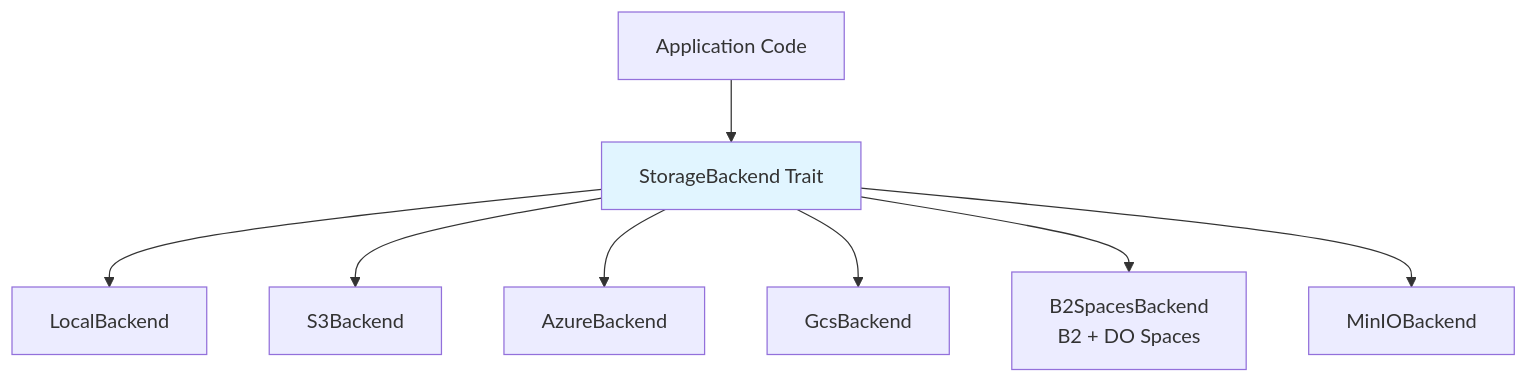
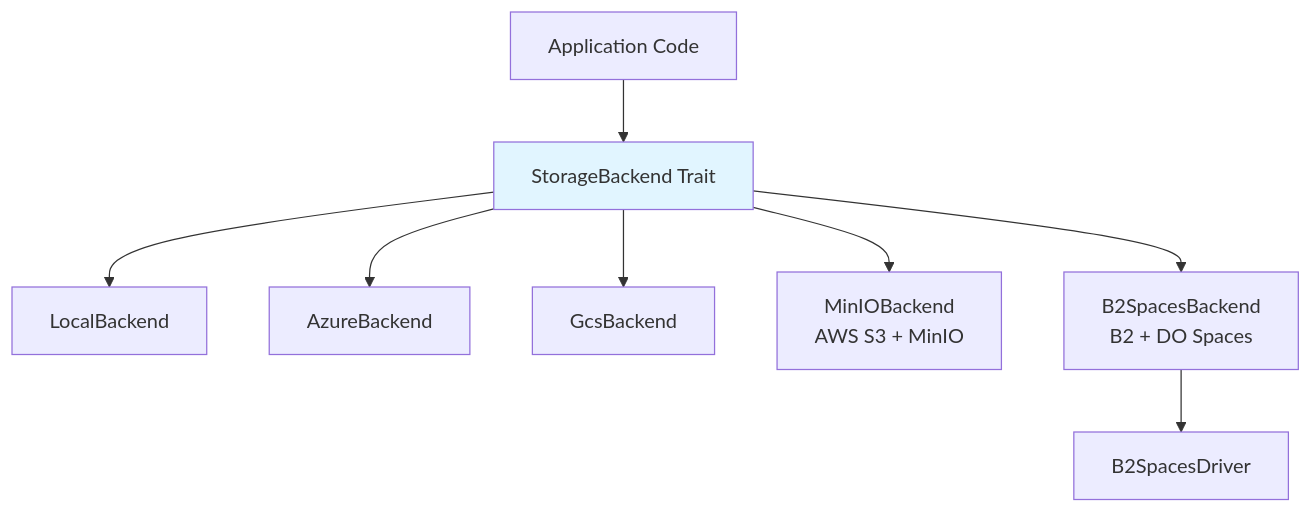
Before and after one commit to winnyboy5/mediagit-core: the third of 3 diagrams in book/src/architecture/concepts.md, drawn with Mermaid. The commit also changed other lines of this file and 12 other files, not shown here.

First line of the commit message:
refactor(storage)!: rename s3.rs to what it is -- the B2/Spaces driver

````diff
--- a/book/src/architecture/concepts.md
+++ b/book/src/architecture/concepts.md
@@ -216,12 +216,12 @@
 ```mermaid
 graph TB
     App[Application Code] --> Trait[StorageBackend Trait]
     Trait --> Local[LocalBackend]
-    Trait --> S3[S3Backend]
     Trait --> Azure[AzureBackend]
     Trait --> GCS[GcsBackend]
+    Trait --> MinIO[MinIOBackend<br/>AWS S3 + MinIO]
     Trait --> B2Spaces[B2SpacesBackend<br/>B2 + DO Spaces]
-    Trait --> MinIO[MinIOBackend]
+    B2Spaces --> Driver[B2SpacesDriver]
 
     style Trait fill:#e1f5ff
 ```
````
